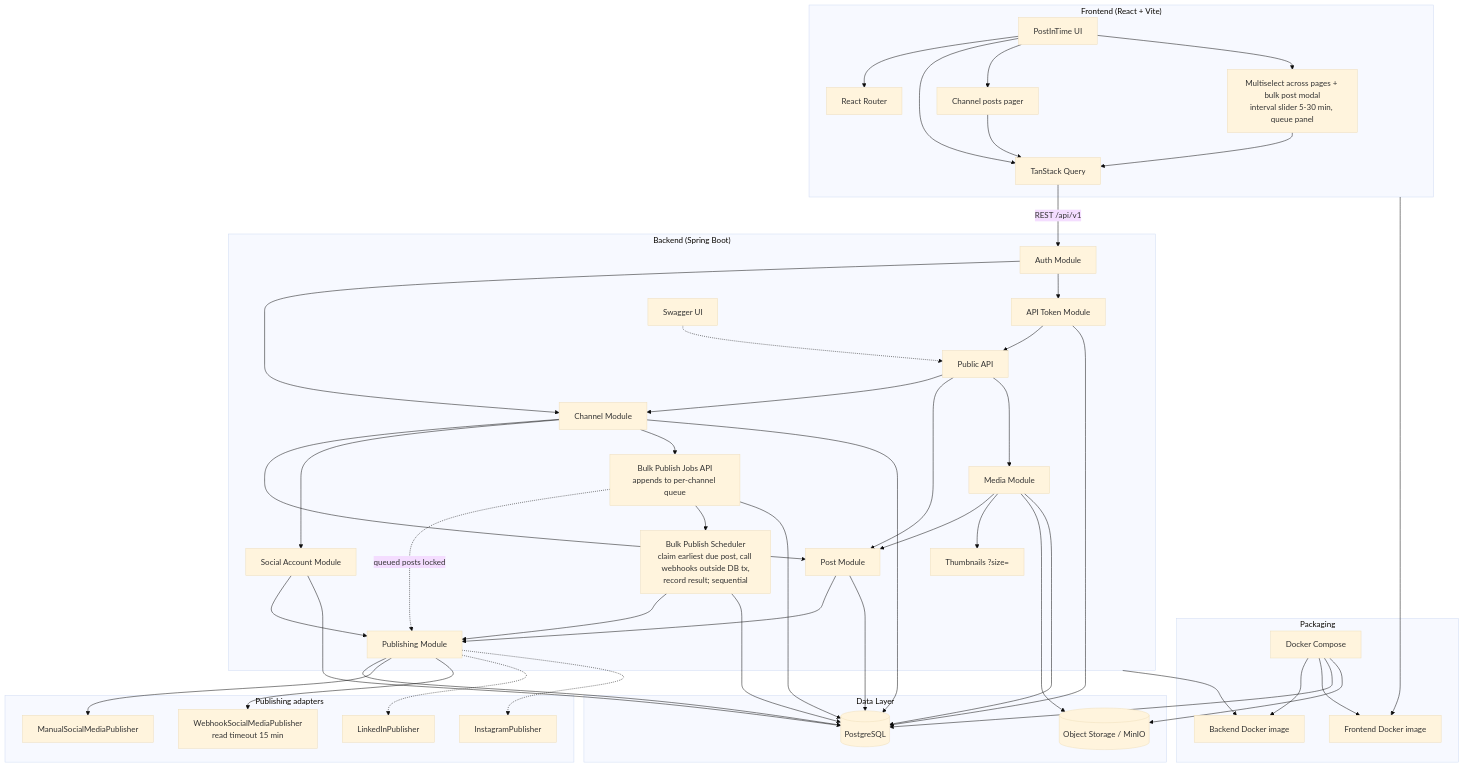
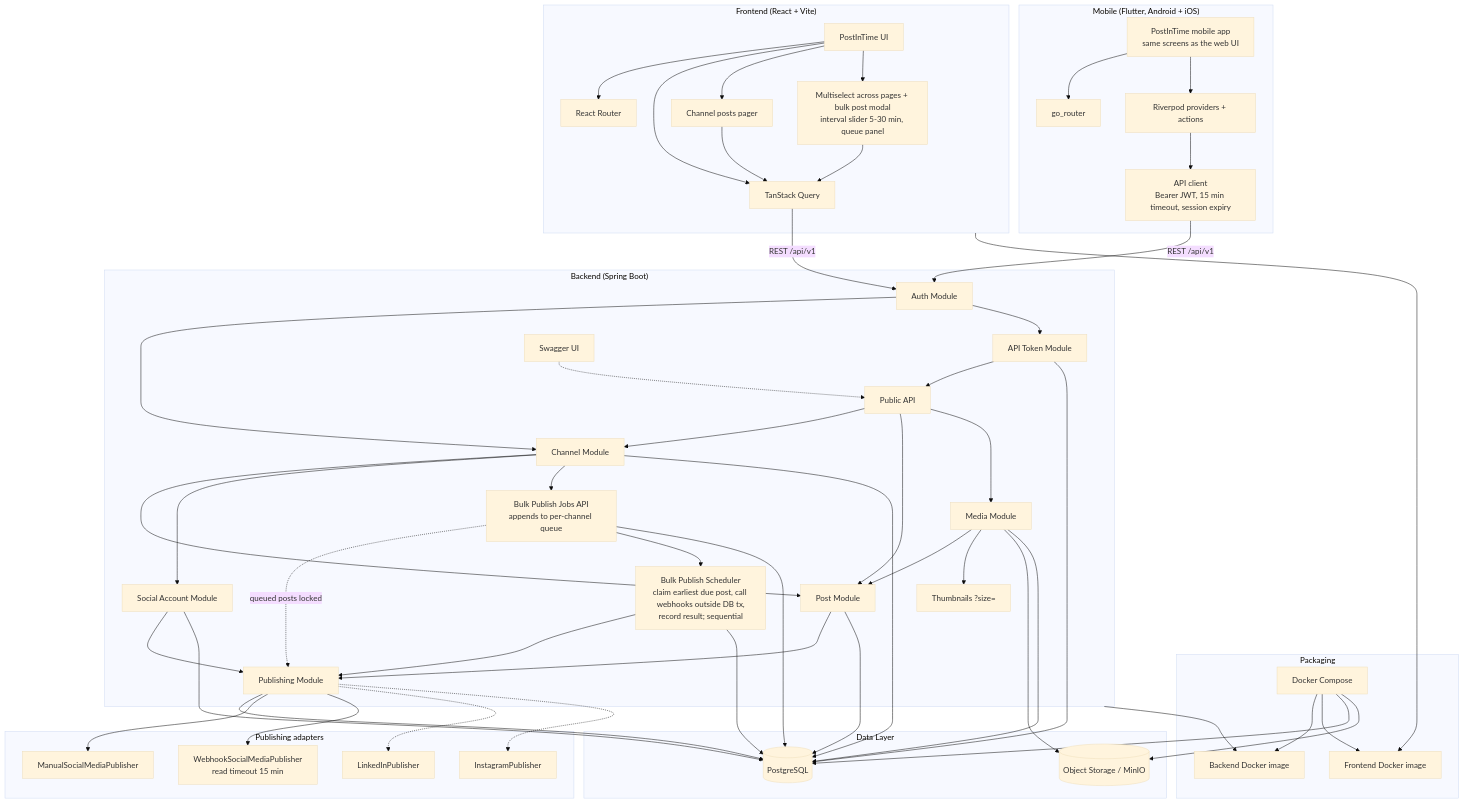
One commit to anushibinj/postintime changed the diagram in product-architecture-flowchart.mmd. Above: the diagram before and after it, drawn with Mermaid (base theme).

Commit message:
Add the mobile client to the architecture flowchart
Claude-Session: https://claude.ai/code/session_01M9XyenHJLx9epz3XCDLHtH

```diff
--- a/product-architecture-flowchart.mmd
+++ b/product-architecture-flowchart.mmd
@@ -1,85 +1,96 @@
 flowchart TB
     subgraph Client["Frontend (React + Vite)"]
         UI[PostInTime UI]
         Router[React Router]
         Query[TanStack Query]
         PostsPager[Channel posts pager]
         BulkUI[Multiselect across pages + bulk post modal<br/>interval slider 5-30 min, queue panel]
         UI --> Router
         UI --> Query
         UI --> PostsPager
         UI --> BulkUI
         PostsPager --> Query
         BulkUI --> Query
+    end
+
+    subgraph Mobile["Mobile (Flutter, Android + iOS)"]
+        MobileUI[PostInTime mobile app<br/>same screens as the web UI]
+        MobileRouter[go_router]
+        MobileState[Riverpod providers + actions]
+        MobileClient[API client<br/>Bearer JWT, 15 min timeout, session expiry]
+        MobileUI --> MobileRouter
+        MobileUI --> MobileState
+        MobileState --> MobileClient
     end
 
     subgraph API["Backend (Spring Boot)"]
         Auth[Auth Module]
         ApiTokens[API Token Module]
         Channels[Channel Module]
         Posts[Post Module]
         Media[Media Module]
         MediaThumbs[Thumbnails ?size=]
         Social[Social Account Module]
         Publishing[Publishing Module]
         BulkPublish[Bulk Publish Jobs API<br/>appends to per-channel queue]
         BulkScheduler[Bulk Publish Scheduler<br/>claim earliest due post, call webhooks outside DB tx,<br/>record result; sequential]
         Public[Public API]
         Swagger[Swagger UI]
         Auth --> Channels
         Auth --> ApiTokens
         ApiTokens --> Public
         Public --> Channels
         Public --> Posts
         Public --> Media
         Swagger -.-> Public
         Channels --> Posts
         Channels --> Social
         Posts --> Publishing
         Social --> Publishing
         BulkPublish -.->|queued posts locked| Publishing
         Channels --> BulkPublish
         BulkPublish --> BulkScheduler
         BulkScheduler --> Publishing
         Media --> Posts
         Media --> MediaThumbs
     end
 
     subgraph Data["Data Layer"]
         PG[(PostgreSQL)]
         Storage[(Object Storage / MinIO)]
     end
 
     Query -->|REST /api/v1| Auth
+    MobileClient -->|REST /api/v1| Auth
     ApiTokens --> PG
     Channels --> PG
     Posts --> PG
     Social --> PG
     Publishing --> PG
     BulkPublish --> PG
     BulkScheduler --> PG
     Media --> Storage
     Media --> PG
 
     subgraph Packaging["Packaging"]
         Compose[Docker Compose]
         BeImage[Backend Docker image]
         FeImage[Frontend Docker image]
         Compose --> BeImage
         Compose --> FeImage
         Compose --> PG
         Compose --> Storage
     end
     API --> BeImage
     Client --> FeImage
 
     subgraph Future["Publishing adapters"]
         Manual[ManualSocialMediaPublisher]
         Webhook[WebhookSocialMediaPublisher<br/>read timeout 15 min]
         LinkedIn[LinkedInPublisher]
         Instagram[InstagramPublisher]
         Publishing --> Manual
         Publishing --> Webhook
         Publishing -.-> LinkedIn
         Publishing -.-> Instagram
     end
```
